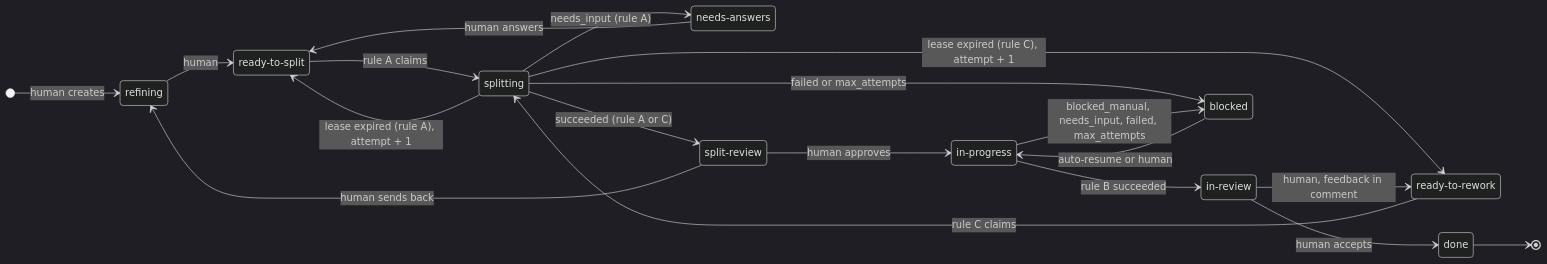
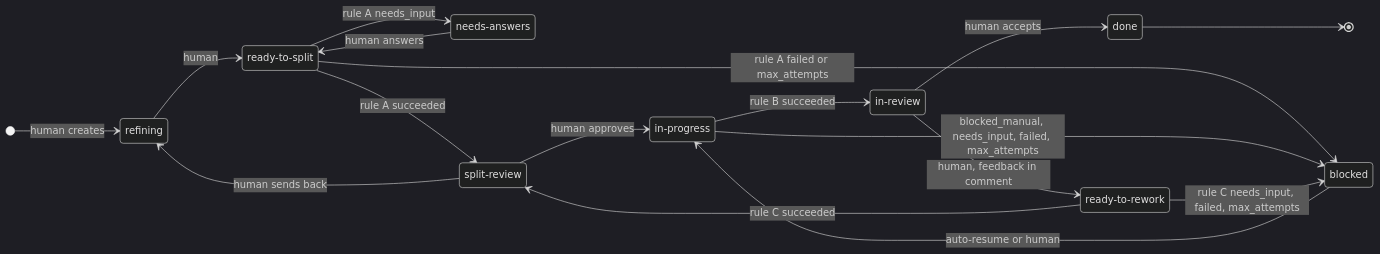
One commit to bingeli1379/tasuki changed the first of 2 diagrams in docs/state-machine.md. Above: the diagram before and after it, drawn with Mermaid (dark theme). The commit also changed other lines of this file and 7 other files, not shown here.

````diff
--- a/docs/state-machine.md
+++ b/docs/state-machine.md
@@ -10,33 +10,30 @@
 ```mermaid
 stateDiagram-v2
     direction LR
     state "refining" as Refining
     state "ready-to-split" as ReadyToSplit
-    state "splitting" as Splitting
     state "needs-answers" as NeedsAnswers
     state "split-review" as SplitReview
     state "in-progress" as InProgress
     state "in-review" as InReview
     state "ready-to-rework" as ReadyToRework
     state "blocked" as Blocked
     state "done" as Done
 
     [*] --> Refining: human creates
     Refining --> ReadyToSplit: human
-    ReadyToSplit --> Splitting: rule A claims
-    Splitting --> SplitReview: succeeded (rule A or C)
-    Splitting --> NeedsAnswers: needs_input (rule A)
-    Splitting --> Blocked: failed or max_attempts
-    Splitting --> ReadyToSplit: lease expired (rule A), attempt + 1
-    Splitting --> ReadyToRework: lease expired (rule C), attempt + 1
+    ReadyToSplit --> SplitReview: rule A succeeded
+    ReadyToSplit --> NeedsAnswers: rule A needs_input
+    ReadyToSplit --> Blocked: rule A failed or max_attempts
     NeedsAnswers --> ReadyToSplit: human answers
     SplitReview --> InProgress: human approves
     SplitReview --> Refining: human sends back
     InProgress --> InReview: rule B succeeded
     InProgress --> Blocked: blocked_manual, needs_input, failed, max_attempts
     Blocked --> InProgress: auto-resume or human
     InReview --> Done: human accepts
     InReview --> ReadyToRework: human, feedback in comment
-    ReadyToRework --> Splitting: rule C claims
+    ReadyToRework --> SplitReview: rule C succeeded
+    ReadyToRework --> Blocked: rule C needs_input, failed, max_attempts
     Done --> [*]
 ```
````
